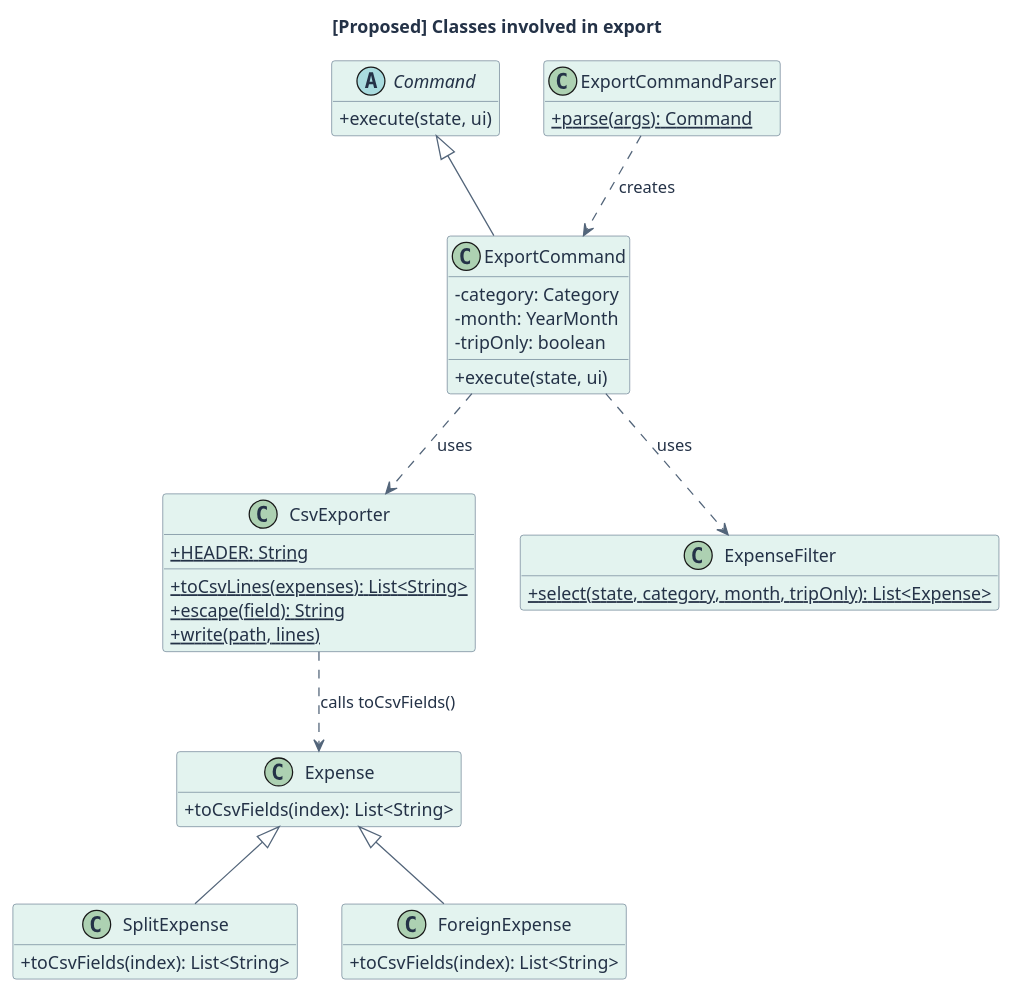
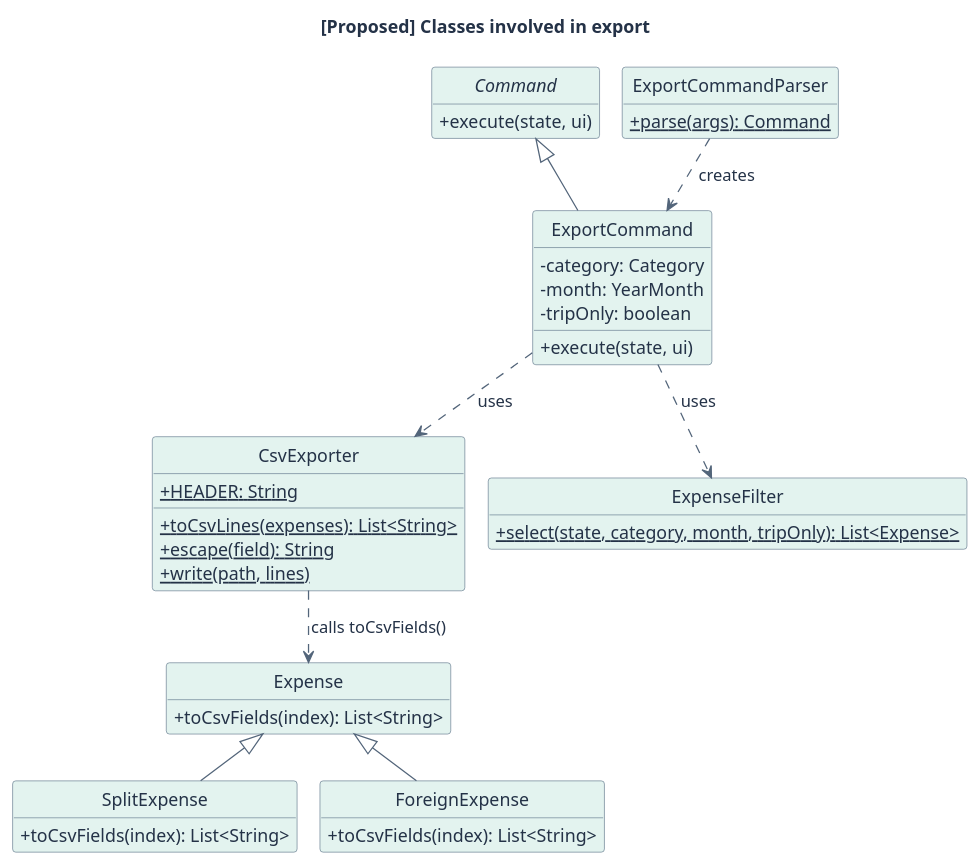
Before and after one commit to AY2627S1-CS2113-W10-1/tp: the diagram in docs/diagrams/ExportClassDiagram.puml, drawn with PlantUML. The commit also changed 18 other files, not shown here.

```diff
--- a/docs/diagrams/ExportClassDiagram.puml
+++ b/docs/diagrams/ExportClassDiagram.puml
@@ -1,51 +1,53 @@
 @startuml
+!pragma layout smetana
 skinparam backgroundColor #FFFFFF
 skinparam defaultFontColor #243247
 skinparam ArrowColor #53657A
 skinparam classBorderColor #60758A
 skinparam classBackgroundColor #E3F3EF
 skinparam classHeaderBackgroundColor #E3F3EF
 skinparam NoteBackgroundColor #FFF8DE
 skinparam NoteBorderColor #BDAA65
 skinparam shadowing false
 skinparam classAttributeIconSize 0
 hide empty members
+hide circle
 title [Proposed] Classes involved in export
 abstract class Command {
   +execute(state, ui)
 }
 class ExportCommand {
   -category: Category
   -month: YearMonth
   -tripOnly: boolean
   +execute(state, ui)
 }
 class ExportCommandParser {
   +{static} parse(args): Command
 }
 class CsvExporter {
   +{static} HEADER: String
   +{static} toCsvLines(expenses): List<String>
   +{static} escape(field): String
   +{static} write(path, lines)
 }
 class ExpenseFilter {
   +{static} select(state, category, month, tripOnly): List<Expense>
 }
 class Expense {
   +toCsvFields(index): List<String>
 }
 class SplitExpense {
   +toCsvFields(index): List<String>
 }
 class ForeignExpense {
   +toCsvFields(index): List<String>
 }
 Command <|-- ExportCommand
-ExportCommandParser ..> ExportCommand : creates
-ExportCommand ..> ExpenseFilter : uses
-ExportCommand ..> CsvExporter : uses
-CsvExporter ..> Expense : calls toCsvFields()
+ExportCommandParser ..> ExportCommand : creates >
+ExportCommand ..> ExpenseFilter : uses >
+ExportCommand ..> CsvExporter : uses >
+CsvExporter ..> Expense : calls toCsvFields() >
 Expense <|-- SplitExpense
 Expense <|-- ForeignExpense
 @enduml
```
